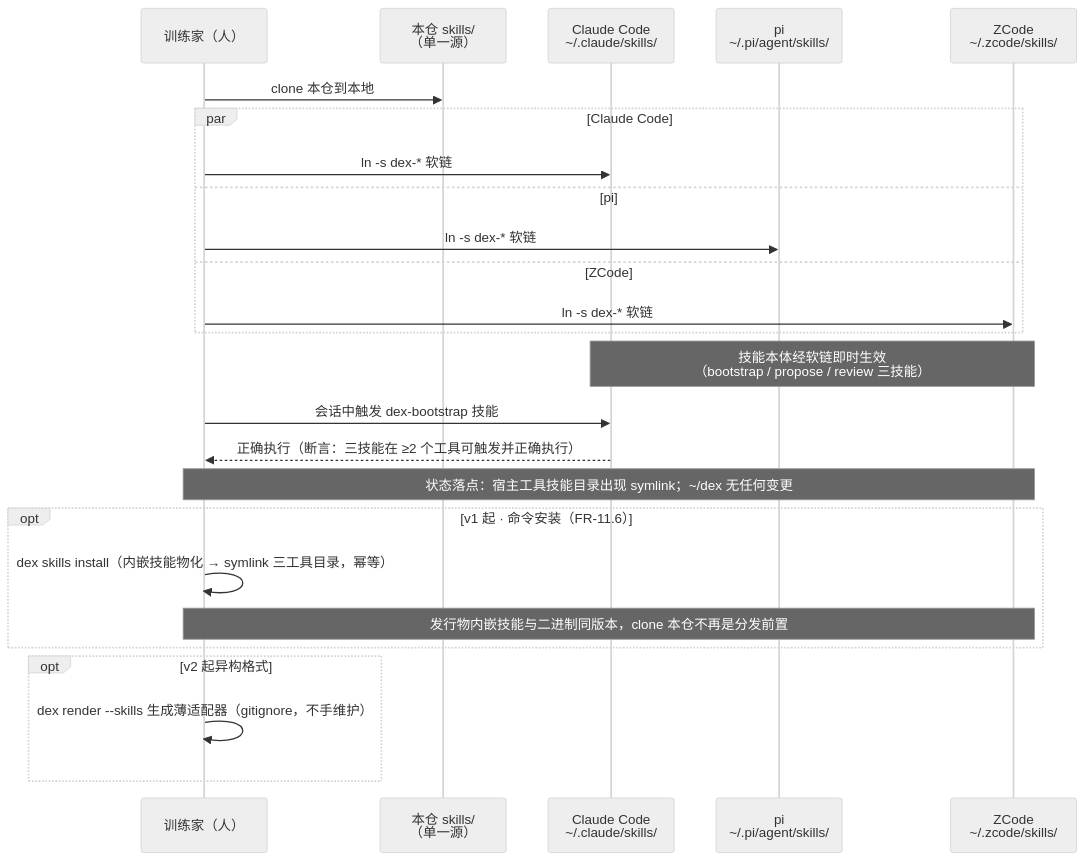
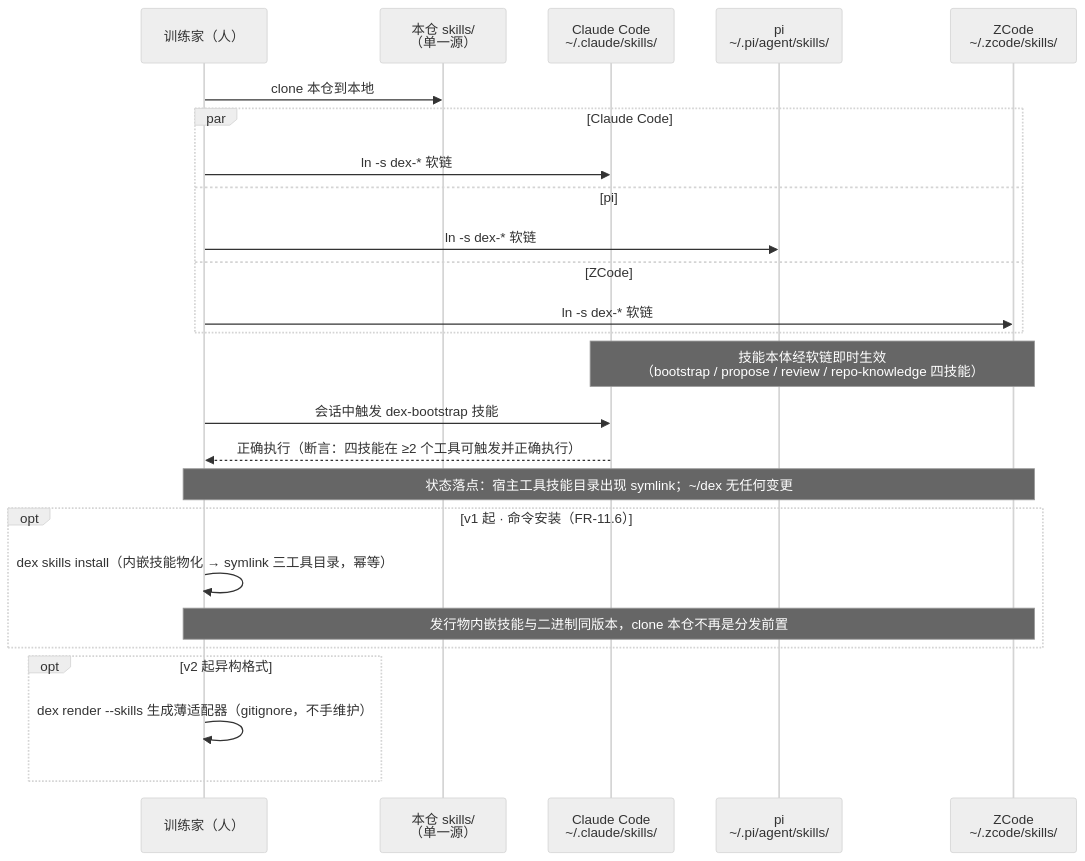
Before and after one commit to Jo0OCTsai/pokemon-remember-you: the first of 14 diagrams in docs/SCENARIO_WALKTHROUGH.md, drawn with Mermaid (neutral theme). The commit also changed other lines of this file and 11 other files, not shown here.

First line of the commit message:
feat: repo-knowledge 技能——仓库侧知识库维护纪律（需求/设计 v1.17、安全 v1.3、推演 v1.10、PLAN v1.1）

````diff
--- a/docs/SCENARIO_WALKTHROUGH.md
+++ b/docs/SCENARIO_WALKTHROUGH.md
@@ -32,28 +32,28 @@
 ```mermaid
 sequenceDiagram
     participant H as 训练家（人）
     participant R as 本仓 skills/<br/>（单一源）
     participant CC as Claude Code<br/>~/.claude/skills/
     participant PI as pi<br/>~/.pi/agent/skills/
     participant ZC as ZCode<br/>~/.zcode/skills/
 
     H->>R: clone 本仓到本地
     par Claude Code
         H->>CC: ln -s dex-* 软链
     and pi
         H->>PI: ln -s dex-* 软链
     and ZCode
         H->>ZC: ln -s dex-* 软链
     end
-    Note over CC,ZC: 技能本体经软链即时生效<br/>（bootstrap / propose / review 三技能）
+    Note over CC,ZC: 技能本体经软链即时生效<br/>（bootstrap / propose / review / repo-knowledge 四技能）
     H->>CC: 会话中触发 dex-bootstrap 技能
-    CC-->>H: 正确执行（断言：三技能在 ≥2 个工具可触发并正确执行）
+    CC-->>H: 正确执行（断言：四技能在 ≥2 个工具可触发并正确执行）
     Note over H,ZC: 状态落点：宿主工具技能目录出现 symlink；~/dex 无任何变更
     opt v1 起 · 命令安装（FR-11.6）
         H->>H: dex skills install（内嵌技能物化 → symlink 三工具目录，幂等）
         Note over H,ZC: 发行物内嵌技能与二进制同版本，clone 本仓不再是分发前置
     end
     opt v2 起异构格式
         H->>H: dex render --skills 生成薄适配器（gitignore，不手维护）
     end
 ```
````
